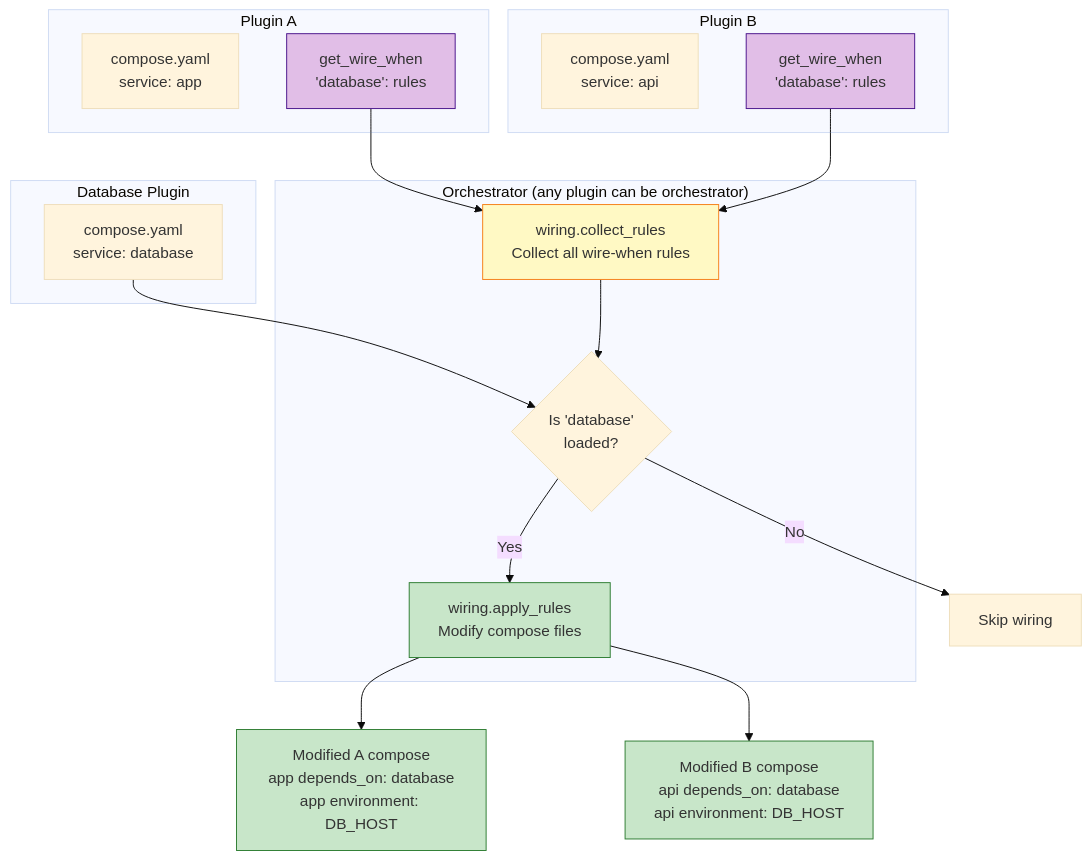
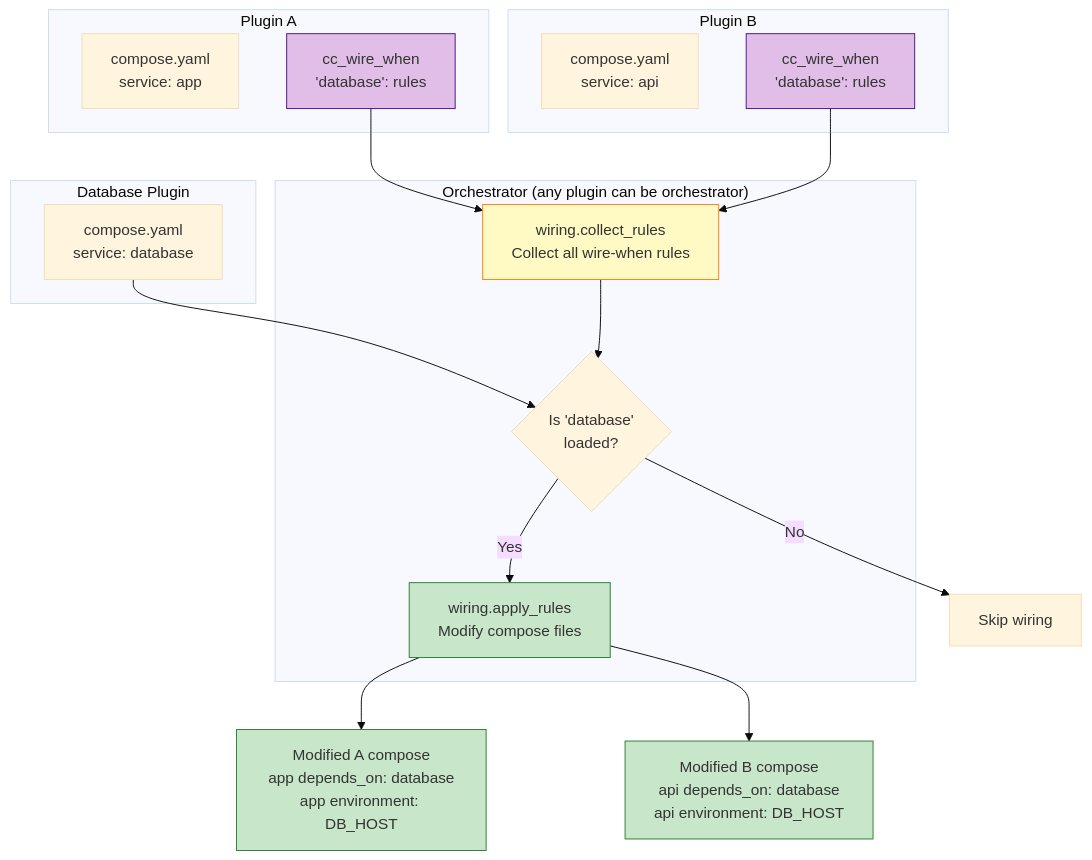
The seventh of 12 diagrams in compose_composer/docs/ARCHITECTURE.md (grafana/tilt-extensions), drawn with Mermaid (base theme) before and after one commit. The commit also changed other lines of this file and 9 other files, not shown here.

First line of the commit message:
refactor(compose_composer): Rename get_wire_when to cc_wire_when

````diff
--- a/compose_composer/docs/ARCHITECTURE.md
+++ b/compose_composer/docs/ARCHITECTURE.md
@@ -278,40 +278,40 @@
 ```mermaid
 graph TB
     subgraph "Plugin A"
         A_Compose[compose.yaml<br/>service: app]
-        A_WireWhen[get_wire_when<br/>'database': rules]
+        A_WireWhen[cc_wire_when<br/>'database': rules]
     end
 
     subgraph "Plugin B"
         B_Compose[compose.yaml<br/>service: api]
-        B_WireWhen[get_wire_when<br/>'database': rules]
+        B_WireWhen[cc_wire_when<br/>'database': rules]
     end
 
     subgraph "Database Plugin"
         DB_Compose[compose.yaml<br/>service: database]
     end
 
     subgraph "Orchestrator (any plugin can be orchestrator)"
         Collect[wiring.collect_rules<br/>Collect all wire-when rules]
         Check{Is 'database'<br/>loaded?}
         Apply[wiring.apply_rules<br/>Modify compose files]
     end
 
     A_WireWhen --> Collect
     B_WireWhen --> Collect
     DB_Compose --> Check
 
     Collect --> Check
     Check -->|Yes| Apply
     Check -->|No| Skip[Skip wiring]
 
     Apply --> A_Modified[Modified A compose<br/>app depends_on: database<br/>app environment: DB_HOST]
     Apply --> B_Modified[Modified B compose<br/>api depends_on: database<br/>api environment: DB_HOST]
 
     style A_WireWhen fill:#e1bee7,stroke:#4a148c
     style B_WireWhen fill:#e1bee7,stroke:#4a148c
     style Collect fill:#fff9c4,stroke:#f57f17
     style Apply fill:#c8e6c9,stroke:#2e7d32
     style A_Modified fill:#c8e6c9,stroke:#2e7d32
     style B_Modified fill:#c8e6c9,stroke:#2e7d32
 ```
````
